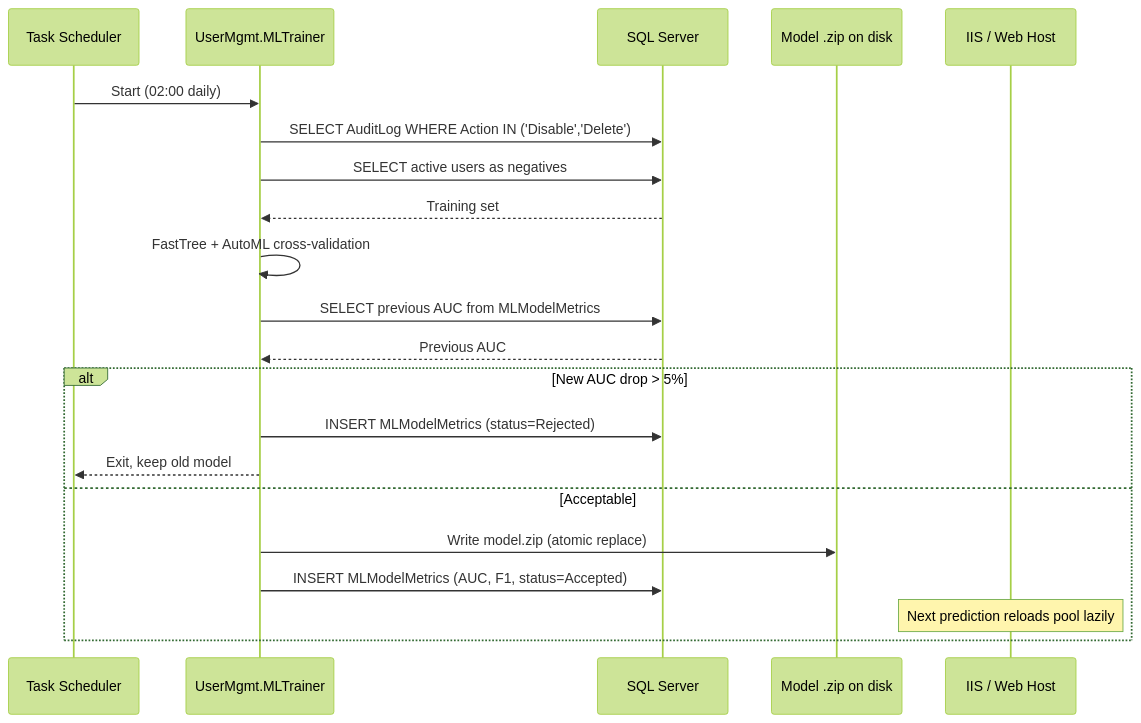
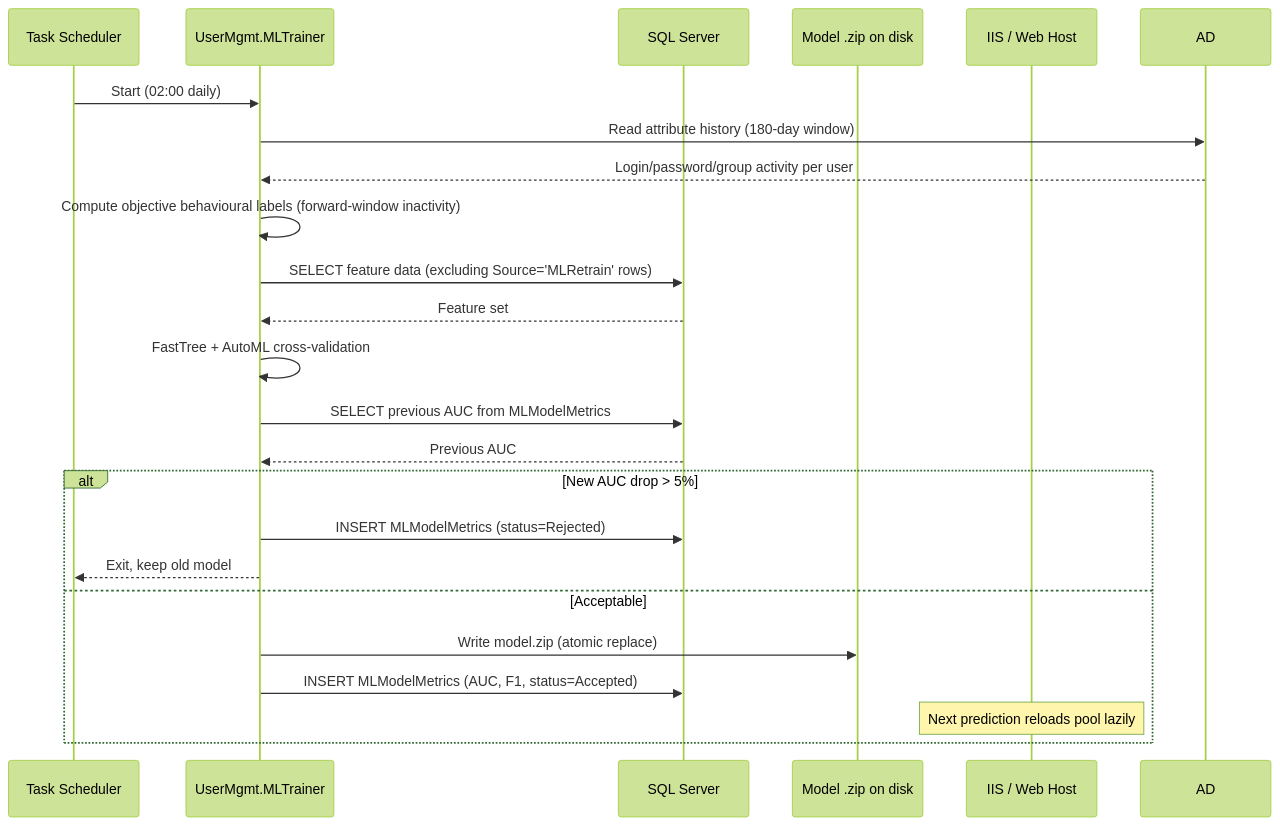
One commit to arthurkahwa/ad-user-management changed the fifth of 5 diagrams in README.md. Above: the diagram before and after it, drawn with Mermaid (forest theme). The commit also changed other lines of this file and 1 other file, not shown here.

First line of the commit message:
Reconcile architecture spec with design-review decisions

````diff
--- a/README.md
+++ b/README.md
@@ -403,25 +416,27 @@
 ```mermaid
 sequenceDiagram
     participant Scheduler as Task Scheduler
     participant Trainer as UserMgmt.MLTrainer
     participant SQL as SQL Server
     participant Disk as Model .zip on disk
     participant Web as IIS / Web Host
 
     Scheduler->>Trainer: Start (02:00 daily)
-    Trainer->>SQL: SELECT AuditLog WHERE Action IN ('Disable','Delete')
-    Trainer->>SQL: SELECT active users as negatives
-    SQL-->>Trainer: Training set
+    Trainer->>AD: Read attribute history (180-day window)
+    AD-->>Trainer: Login/password/group activity per user
+    Trainer->>Trainer: Compute objective behavioural labels (forward-window inactivity)
+    Trainer->>SQL: SELECT feature data (excluding Source='MLRetrain' rows)
+    SQL-->>Trainer: Feature set
     Trainer->>Trainer: FastTree + AutoML cross-validation
     Trainer->>SQL: SELECT previous AUC from MLModelMetrics
     SQL-->>Trainer: Previous AUC
 
     alt New AUC drop > 5%
         Trainer->>SQL: INSERT MLModelMetrics (status=Rejected)
         Trainer-->>Scheduler: Exit, keep old model
     else Acceptable
         Trainer->>Disk: Write model.zip (atomic replace)
         Trainer->>SQL: INSERT MLModelMetrics (AUC, F1, status=Accepted)
         Note over Web: Next prediction reloads pool lazily
     end
 ```
````
